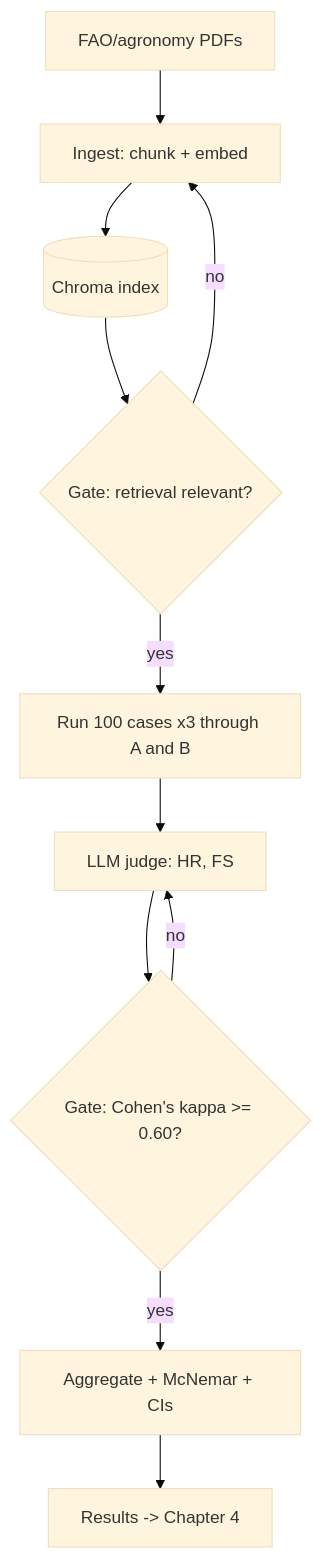
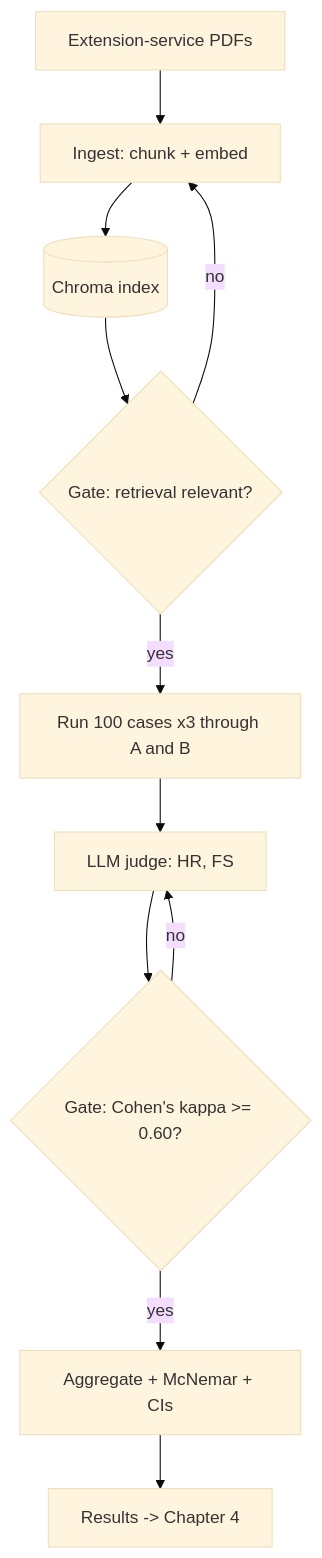
The third of 3 diagrams in REPORT.md (bhattaraibishal50/rag_reflection_loop), drawn with Mermaid (base theme) before and after one commit. The commit also changed other lines of this file, not shown here.

````diff
--- a/REPORT.md
+++ b/REPORT.md
@@ -232,13 +236,13 @@
 ```mermaid
 flowchart TD
-    P[FAO/agronomy PDFs] --> I[Ingest: chunk + embed]
+    P[Extension-service PDFs] --> I[Ingest: chunk + embed]
     I --> CH[(Chroma index)]
     CH --> G1{Gate: retrieval relevant?}
     G1 -- no --> I
     G1 -- yes --> RUN[Run 100 cases x3 through A and B]
     RUN --> J[LLM judge: HR, FS]
     J --> G2{Gate: Cohen's kappa >= 0.60?}
     G2 -- no --> J
     G2 -- yes --> STAT[Aggregate + McNemar + CIs]
     STAT --> REP[Results -> Chapter 4]
 ```
````
